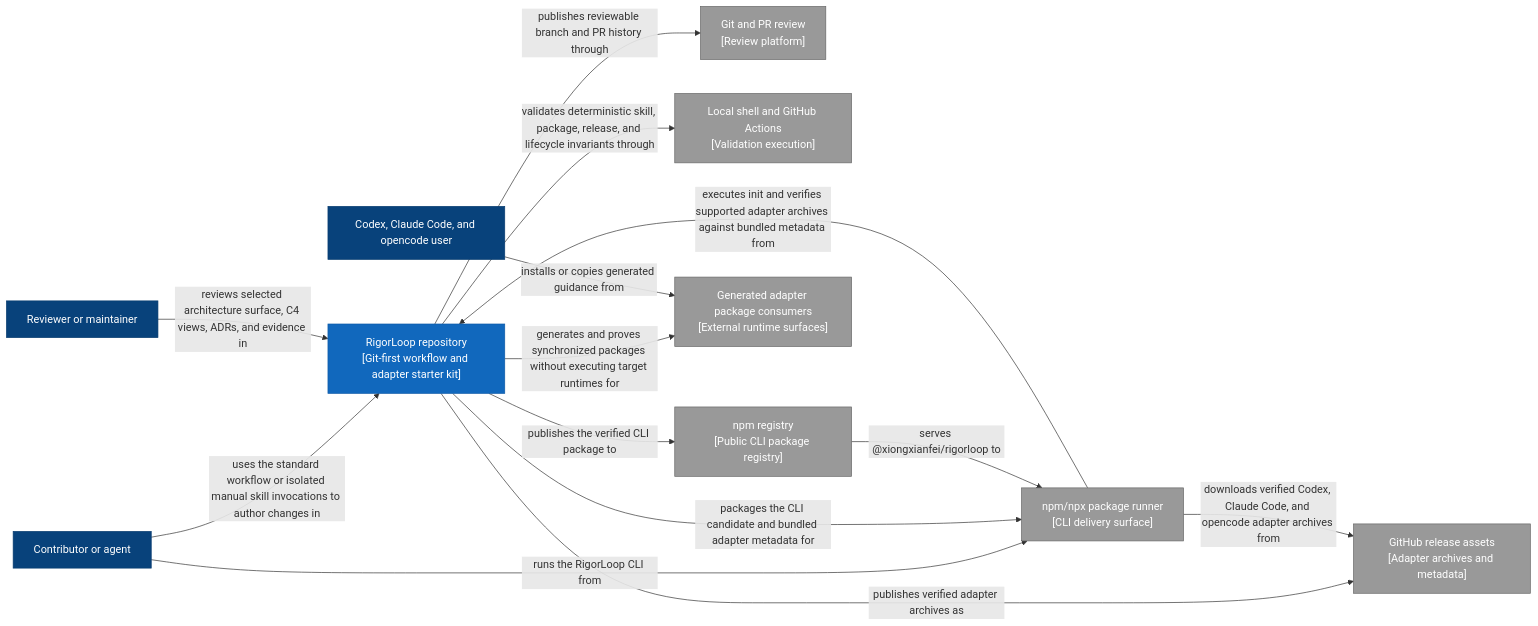
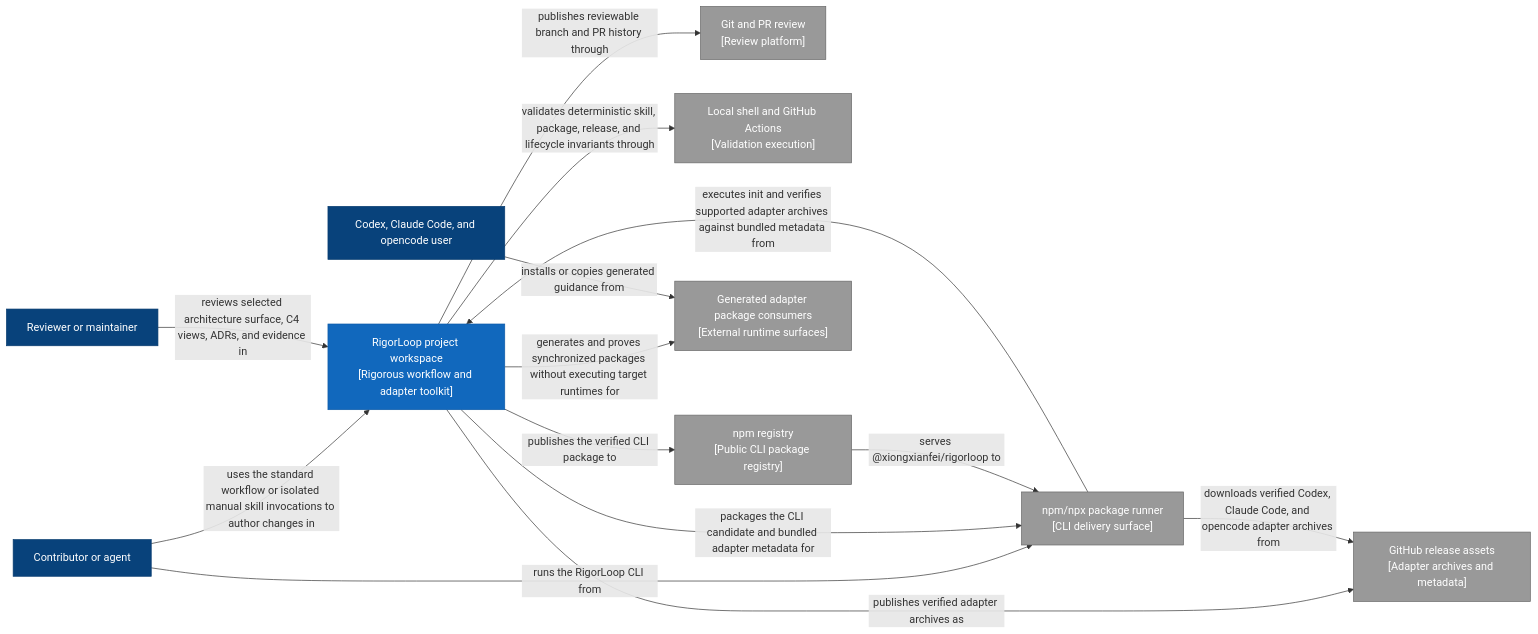
One commit to xiongxianfei/rigorloop changed the diagram in docs/architecture/system/diagrams/context.mmd. Above: the diagram before and after it, drawn with Mermaid. The commit also changed 266 other files, not shown here.

```diff
--- a/docs/architecture/system/diagrams/context.mmd
+++ b/docs/architecture/system/diagrams/context.mmd
@@ -1,30 +1,30 @@
 flowchart LR
   contributor["Contributor or agent"]:::person
   reviewer["Reviewer or maintainer"]:::person
   adapter_user["Codex, Claude Code, and opencode user"]:::person
-  repo["RigorLoop repository<br/>[Git-first workflow and adapter starter kit]"]:::system
+  repo["RigorLoop project workspace<br/>[Rigorous workflow and adapter toolkit]"]:::system
   git["Git and PR review<br/>[Review platform]"]:::external
   execution["Local shell and GitHub Actions<br/>[Validation execution]"]:::external
   package_runner["npm/npx package runner<br/>[CLI delivery surface]"]:::external
   npm_registry["npm registry<br/>[Public CLI package registry]"]:::external
   package_surface["Generated adapter package consumers<br/>[External runtime surfaces]"]:::external
   release_assets["GitHub release assets<br/>[Adapter archives and metadata]"]:::external
 
   contributor -->|uses the standard workflow or isolated manual skill invocations to author changes in| repo
   contributor -->|runs the RigorLoop CLI from| package_runner
   reviewer -->|reviews selected architecture surface, C4 views, ADRs, and evidence in| repo
   repo -->|publishes reviewable branch and PR history through| git
   repo -->|validates deterministic skill, package, release, and lifecycle invariants through| execution
   repo -->|packages the CLI candidate and bundled adapter metadata for| package_runner
   repo -->|publishes the verified CLI package to| npm_registry
   npm_registry -->|serves @xiongxianfei/rigorloop to| package_runner
   repo -->|publishes verified adapter archives as| release_assets
   repo -->|generates and proves synchronized packages without executing target runtimes for| package_surface
   package_runner -->|executes init and verifies supported adapter archives against bundled metadata from| repo
   package_runner -->|downloads verified Codex, Claude Code, and opencode adapter archives from| release_assets
   adapter_user -->|installs or copies generated guidance from| package_surface
 
   classDef person fill:#08427b,stroke:#073b6f,color:#fff
   classDef system fill:#1168bd,stroke:#0e5aa7,color:#fff
   classDef external fill:#999,stroke:#666,color:#fff
   classDef container fill:#438dd5,stroke:#3c7fc0,color:#fff
```
